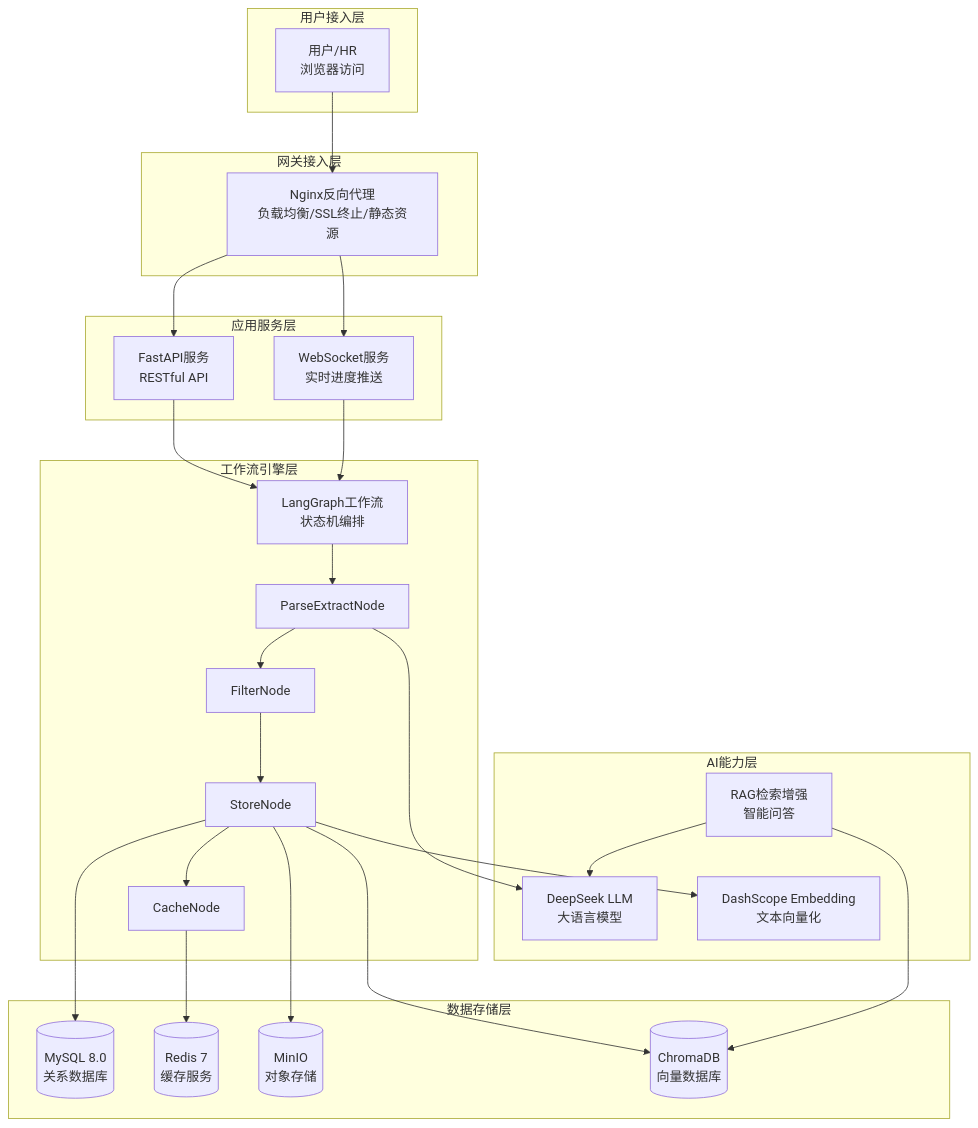
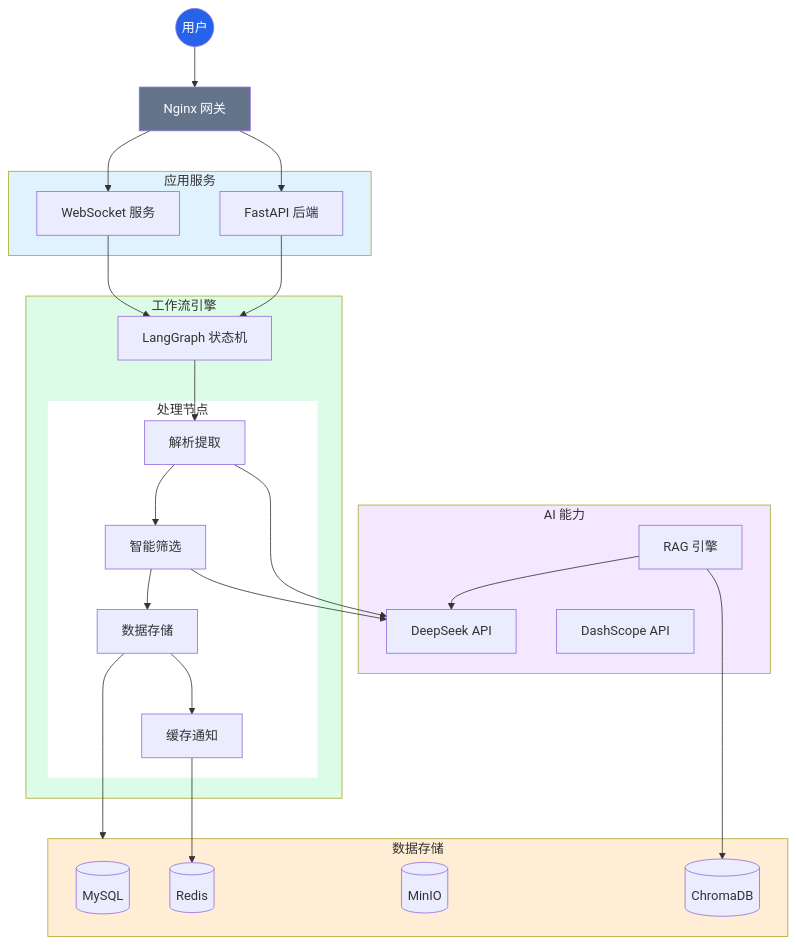
Before and after one commit to xt765/ResumeScreening: the second of 11 diagrams in docs/architecture.md, drawn with Mermaid. The commit also changed other lines of this file and 5 other files, not shown here.

Commit message:
refactor: remove similarity score and update documentation diagrams

````diff
--- a/docs/architecture.md
+++ b/docs/architecture.md
@@ -58,51 +63,57 @@
 ```mermaid
-graph TB
-    subgraph 用户层["用户接入层"]
-        User[用户/HR<br/>浏览器访问]
+graph TD
+    User((用户)) --> Nginx[Nginx 网关]
+    
+    subgraph App_Layer [应用服务]
+        API[FastAPI 后端]
+        WS[WebSocket 服务]
     end
-  
-    subgraph 网关层["网关接入层"]
-        Nginx[Nginx反向代理<br/>负载均衡/SSL终止/静态资源]
+    
+    subgraph Workflow_Layer [工作流引擎]
+        LangGraph[LangGraph 状态机]
+        
+        subgraph Nodes [处理节点]
+            N1[解析提取]
+            N2[智能筛选]
+            N3[数据存储]
+            N4[缓存通知]
+        end
     end
-  
-    subgraph 应用层["应用服务层"]
-        API[FastAPI服务<br/>RESTful API]
-        WSS[WebSocket服务<br/>实时进度推送]
+    
+    subgraph AI_Layer [AI 能力]
+        LLM[DeepSeek API]
+        Embedding[DashScope API]
+        RAG[RAG 引擎]
     end
-  
-    subgraph 工作流层["工作流引擎层"]
-        WF[LangGraph工作流<br/>状态机编排]
-        Node1[ParseExtractNode]
-        Node2[FilterNode]
-        Node3[StoreNode]
-        Node4[CacheNode]
+    
+    subgraph Data_Layer [数据存储]
+        MySQL[(MySQL)]
+        Redis[(Redis)]
+        MinIO[(MinIO)]
+        Chroma[(ChromaDB)]
     end
-  
-    subgraph AI层["AI能力层"]
-        LLM[DeepSeek LLM<br/>大语言模型]
-        EMB[DashScope Embedding<br/>文本向量化]
-        RAG[RAG检索增强<br/>智能问答]
-    end
-  
-    subgraph 存储层["数据存储层"]
-        DB[(MySQL 8.0<br/>关系数据库)]
-        Cache[(Redis 7<br/>缓存服务)]
-        OSS[(MinIO<br/>对象存储)]
-        Vec[(ChromaDB<br/>向量数据库)]
-    end
-  
-    User --> Nginx
+    
     Nginx --> API
-    Nginx --> WSS
-    API --> WF
-    WSS --> WF
-    WF --> Node1 --> Node2 --> Node3 --> Node4
-    Node1 --> LLM
-    Node3 --> EMB
-    Node3 --> DB
-    Node3 --> OSS
-    Node3 --> Vec
-    Node4 --> Cache
+    Nginx --> WS
+    
+    API --> LangGraph
+    WS --> LangGraph
+    
+    LangGraph --> N1 --> N2 --> N3 --> N4
+    
+    N1 --> LLM
+    N2 --> LLM
+    N3 --> Data_Layer
+    N4 --> Redis
+    
     RAG --> LLM
-    RAG --> Vec
+    RAG --> Chroma
+    
+    style User fill:#2563eb,color:#fff
+    style Nginx fill:#64748b,color:#fff
+    style App_Layer fill:#e0f2fe
+    style Workflow_Layer fill:#dcfce7
+    style AI_Layer fill:#f3e8ff
+    style Data_Layer fill:#ffedd5
+    style Nodes fill:#fff,stroke:#dcfce7
 ```
````
